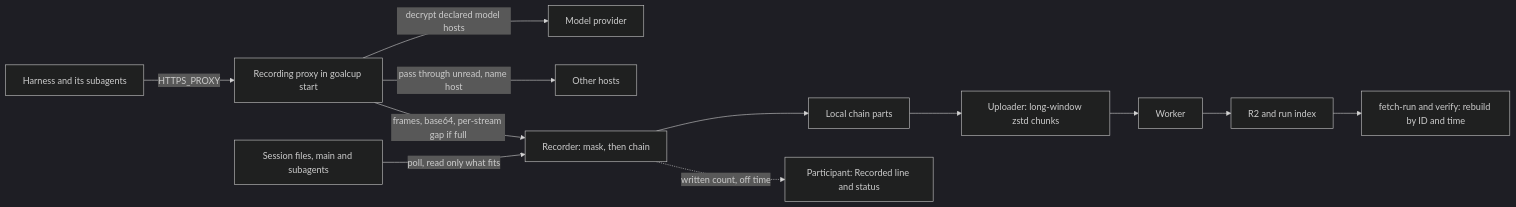
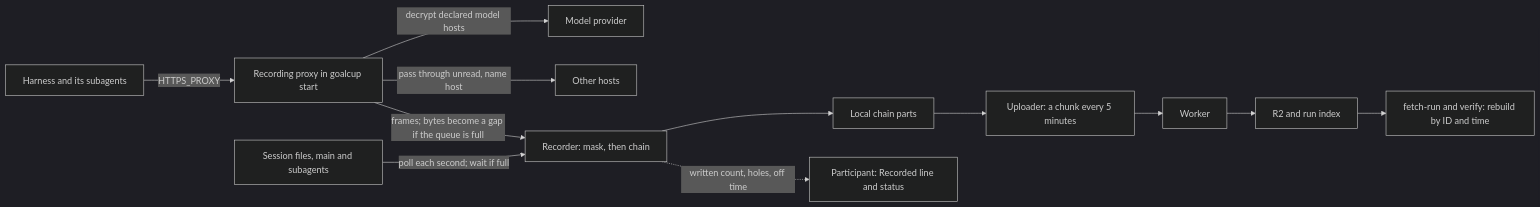
Before and after one commit to agentcommunity/goal-cup-proxy: the diagram in docs/plans/2026-10-30-cut-first-plan.md, drawn with Mermaid (dark theme). The commit also changed other lines of this file and 1 other file, not shown here.

````diff
--- a/docs/plans/2026-10-30-cut-first-plan.md
+++ b/docs/plans/2026-10-30-cut-first-plan.md
@@ -192,12 +200,12 @@
 ```mermaid
 flowchart LR
   H[Harness and its subagents] -- HTTPS_PROXY --> P[Recording proxy in goalcup start]
   P -- decrypt declared model hosts --> M[Model provider]
   P -- pass through unread, name host --> O[Other hosts]
-  P -- frames, base64, per-stream gap if full --> D[Recorder: mask, then chain]
-  S[Session files, main and subagents] -- poll, read only what fits --> D
+  P -- frames; bytes become a gap if the queue is full --> D[Recorder: mask, then chain]
+  S[Session files, main and subagents] -- poll each second; wait if full --> D
   D --> C[Local chain parts]
-  C --> U[Uploader: long-window zstd chunks] --> W[Worker] --> R[R2 and run index]
+  C --> U[Uploader: a chunk every 5 minutes] --> W[Worker] --> R[R2 and run index]
   R --> F[fetch-run and verify: rebuild by ID and time]
-  D -. written count, off time .-> T[Participant: Recorded line and status]
+  D -. written count, holes, off time .-> T[Participant: Recorded line and status]
 ```
````
